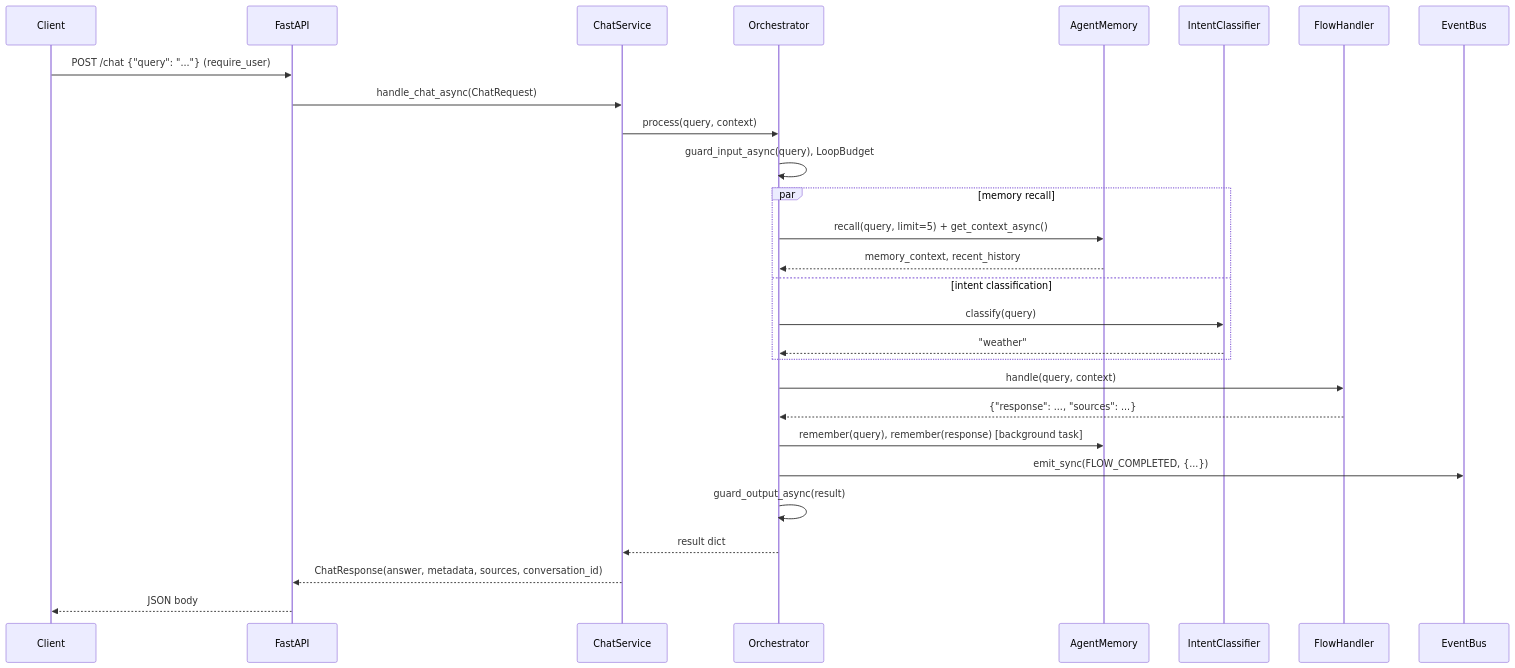
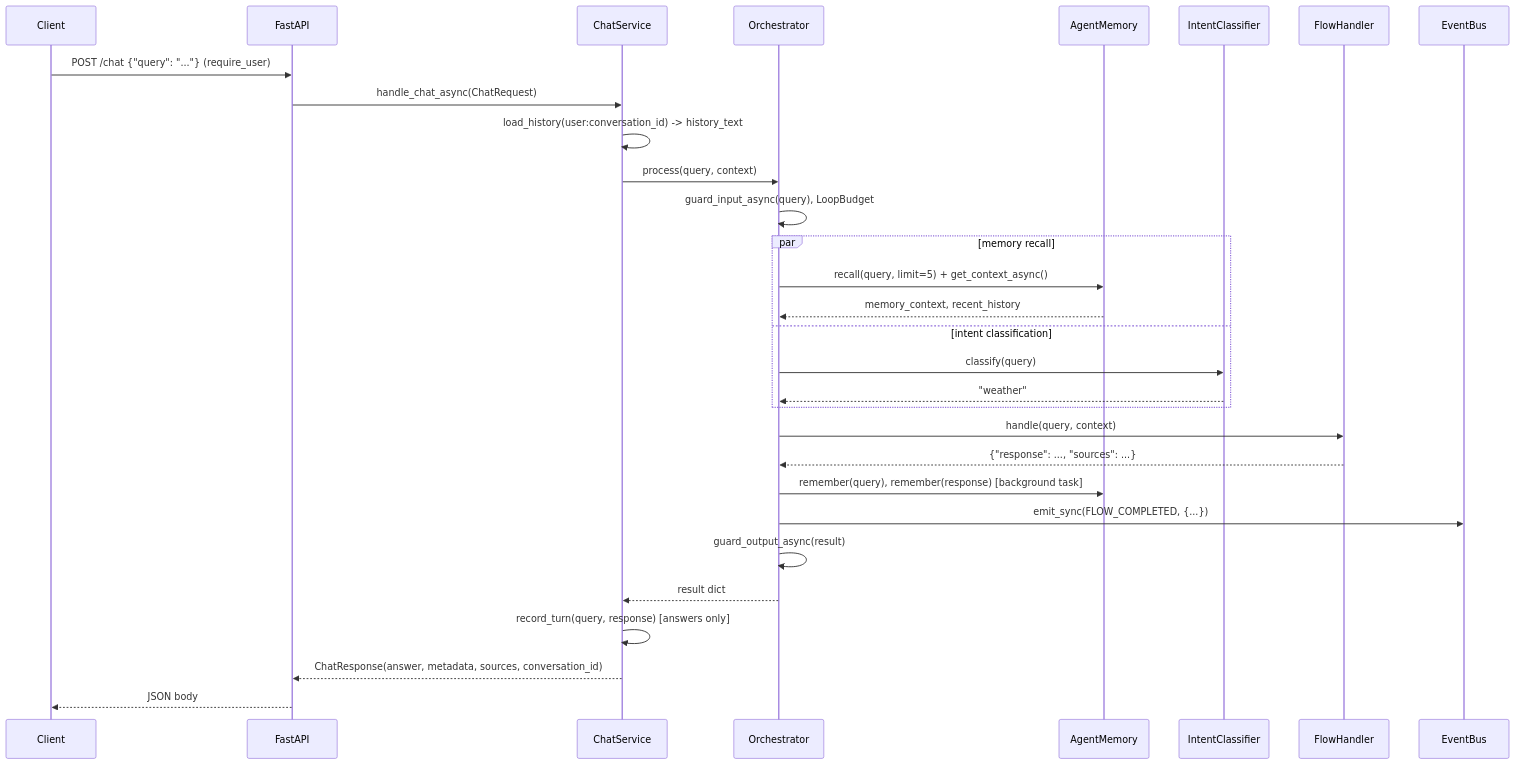
Before and after one commit to baselithcore/baselithcore: the first of 4 diagrams in mkdocs-site/docs/architecture/request-flow.md, drawn with Mermaid. The commit also changed other lines of this file and 69 other files, not shown here.

````diff
--- a/mkdocs-site/docs/architecture/request-flow.md
+++ b/mkdocs-site/docs/architecture/request-flow.md
@@ -15,31 +15,33 @@
 ```mermaid
 sequenceDiagram
     participant C as Client
     participant F as FastAPI
     participant CS as ChatService
     participant O as Orchestrator
     participant M as AgentMemory
     participant I as IntentClassifier
     participant H as FlowHandler
     participant E as EventBus
 
     C->>F: POST /chat {"query": "..."} (require_user)
     F->>CS: handle_chat_async(ChatRequest)
+    CS->>CS: load_history(user:conversation_id) -> history_text
     CS->>O: process(query, context)
     O->>O: guard_input_async(query), LoopBudget
     par memory recall
         O->>M: recall(query, limit=5) + get_context_async()
         M-->>O: memory_context, recent_history
     and intent classification
         O->>I: classify(query)
         I-->>O: "weather"
     end
     O->>H: handle(query, context)
     H-->>O: {"response": ..., "sources": ...}
     O->>M: remember(query), remember(response) [background task]
     O->>E: emit_sync(FLOW_COMPLETED, {...})
     O->>O: guard_output_async(result)
     O-->>CS: result dict
+    CS->>CS: record_turn(query, response) [answers only]
     CS-->>F: ChatResponse(answer, metadata, sources, conversation_id)
     F-->>C: JSON body
 ```
````
